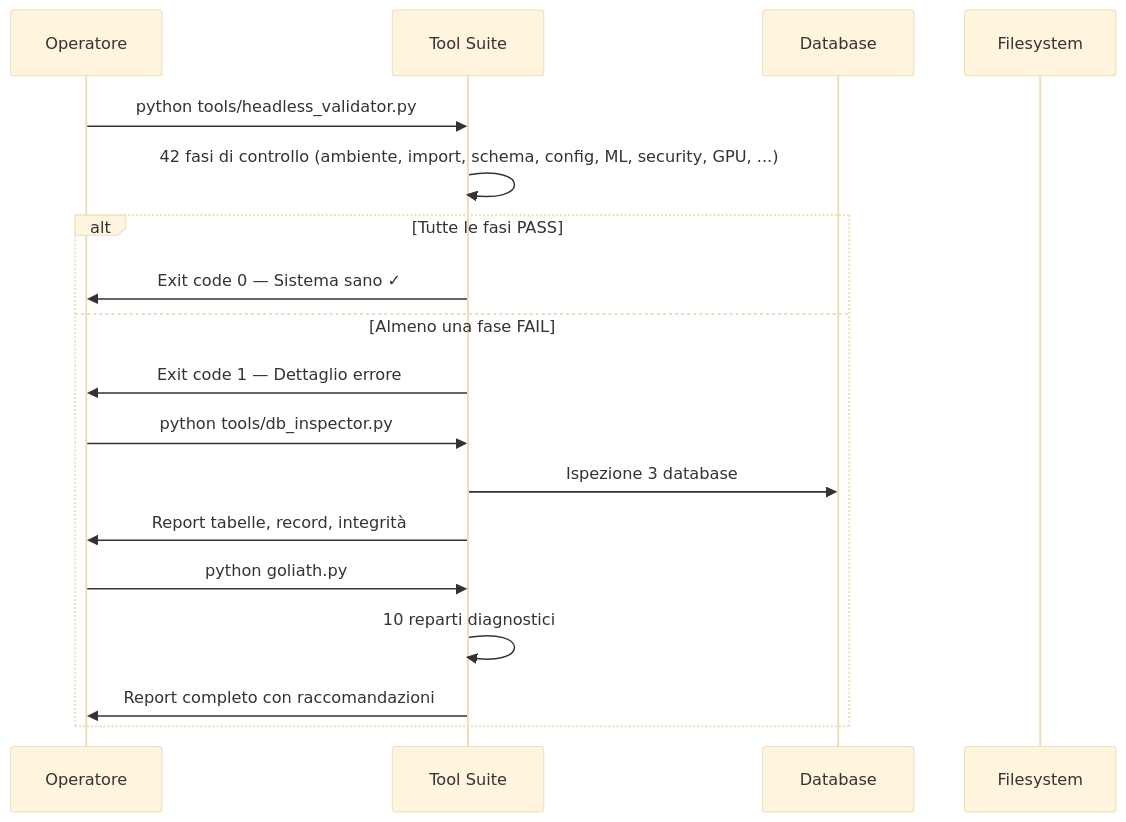
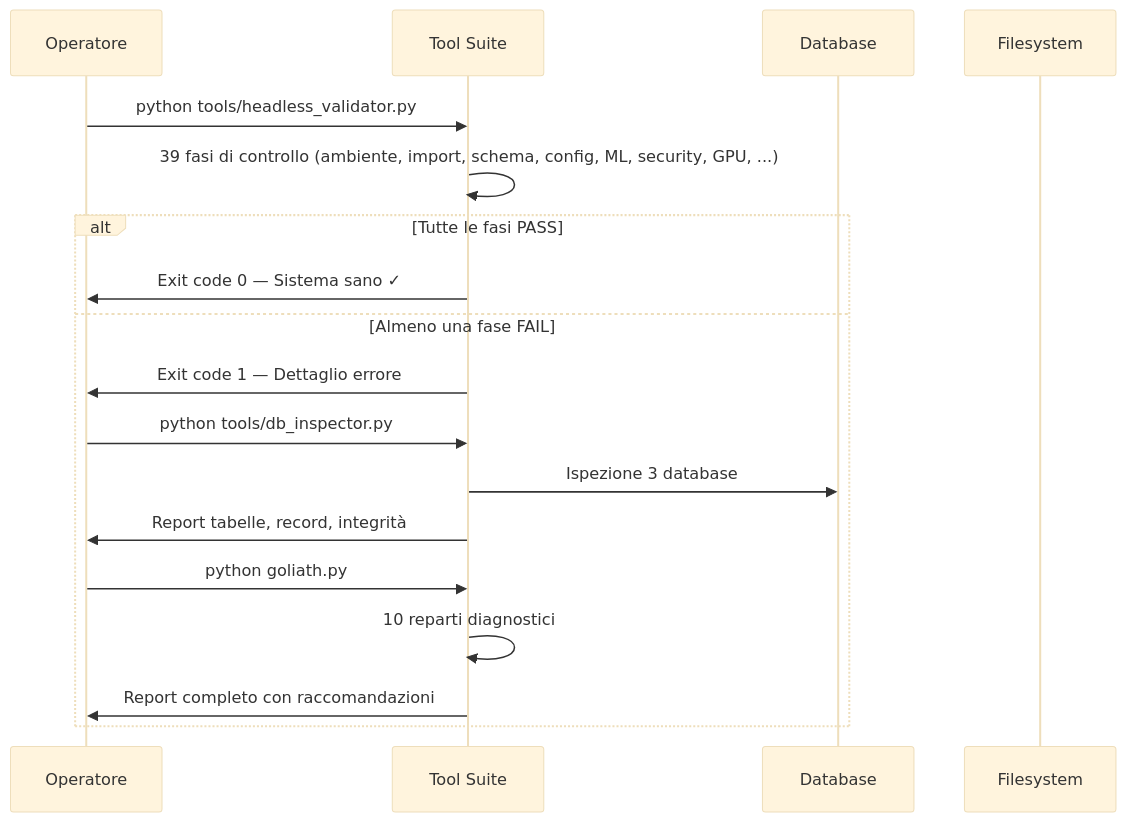
Diagram 37 of 52 in docs/books/Book-Coach-3.md (renanaugustomacena-ux/Counter-Strike-coach-AI), drawn with Mermaid (base theme) before and after one commit. The commit also changed other lines of this file and 36 other files, not shown here.

````diff
--- a/docs/books/Book-Coach-3.md
+++ b/docs/books/Book-Coach-3.md
@@ -1993,21 +2058,21 @@
 ```mermaid
 sequenceDiagram
     participant OP as Operatore
     participant TOOL as Tool Suite
     participant DB as Database
     participant FS as Filesystem
 
     OP->>TOOL: python tools/headless_validator.py
-    TOOL->>TOOL: 42 fasi di controllo (ambiente, import, schema, config, ML, security, GPU, ...)
+    TOOL->>TOOL: 39 fasi di controllo (ambiente, import, schema, config, ML, security, GPU, ...)
     alt Tutte le fasi PASS
         TOOL->>OP: Exit code 0 — Sistema sano ✓
     else Almeno una fase FAIL
         TOOL->>OP: Exit code 1 — Dettaglio errore
         OP->>TOOL: python tools/db_inspector.py
         TOOL->>DB: Ispezione 3 database
         TOOL->>OP: Report tabelle, record, integrità
         OP->>TOOL: python goliath.py
         TOOL->>TOOL: 10 reparti diagnostici
         TOOL->>OP: Report completo con raccomandazioni
     end
 ```
````
